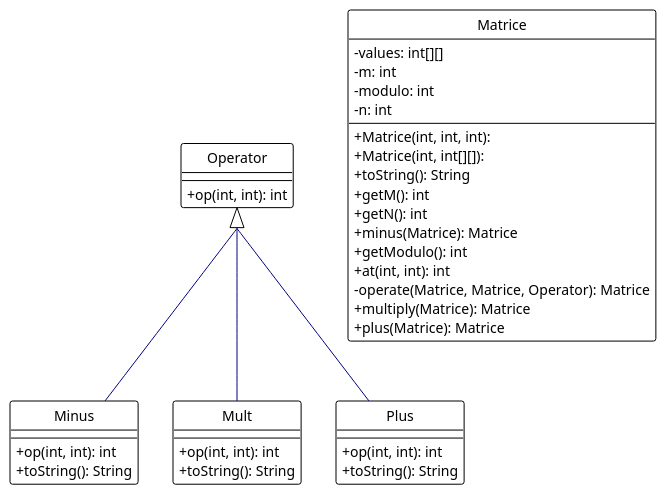
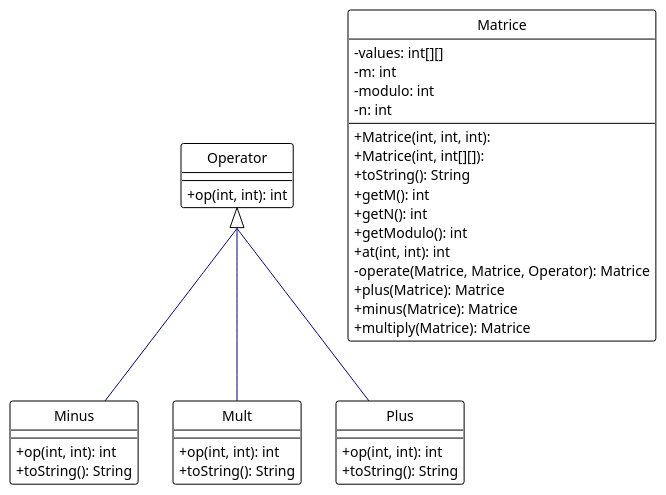
The diagram in UML/src.uml.plantuml (GuggisbergSimon/POO-Labo5), drawn with PlantUML before and after one commit. The commit also changed other lines of this file, not shown here.

```diff
--- a/UML/src.uml.plantuml
+++ b/UML/src.uml.plantuml
@@ -1,47 +1,47 @@
 @startuml
 
 skinparam classAttributeIconSize 0
 hide circle
 
 !theme plain
 top to bottom direction
 skinparam groupInheritance 2
 
 class Minus {
   + op(int, int): int
   + toString(): String
 }
 class Mult {
   + op(int, int): int
   + toString(): String
 }
 class Plus {
   + op(int, int): int
   + toString(): String
 }
 class Operator {
   + op(int, int): int
 }
 class Matrice {
   + Matrice(int, int, int):
   + Matrice(int, int[][]):
   - values: int[][]
   - m: int
   - modulo: int
   - n: int
   + toString(): String
   + getM(): int
   + getN(): int
-  + minus(Matrice): Matrice
   + getModulo(): int
   + at(int, int): int
   - operate(Matrice, Matrice, Operator): Matrice
+  + plus(Matrice): Matrice
+  + minus(Matrice): Matrice
   + multiply(Matrice): Matrice
-  + plus(Matrice): Matrice
 }
 
 Operator     <|-[#000082,plain]-  Plus
 Operator     <|-[#000082,plain]-  Minus
 Operator     <|-[#000082,plain]-  Mult
 
 @enduml
```
